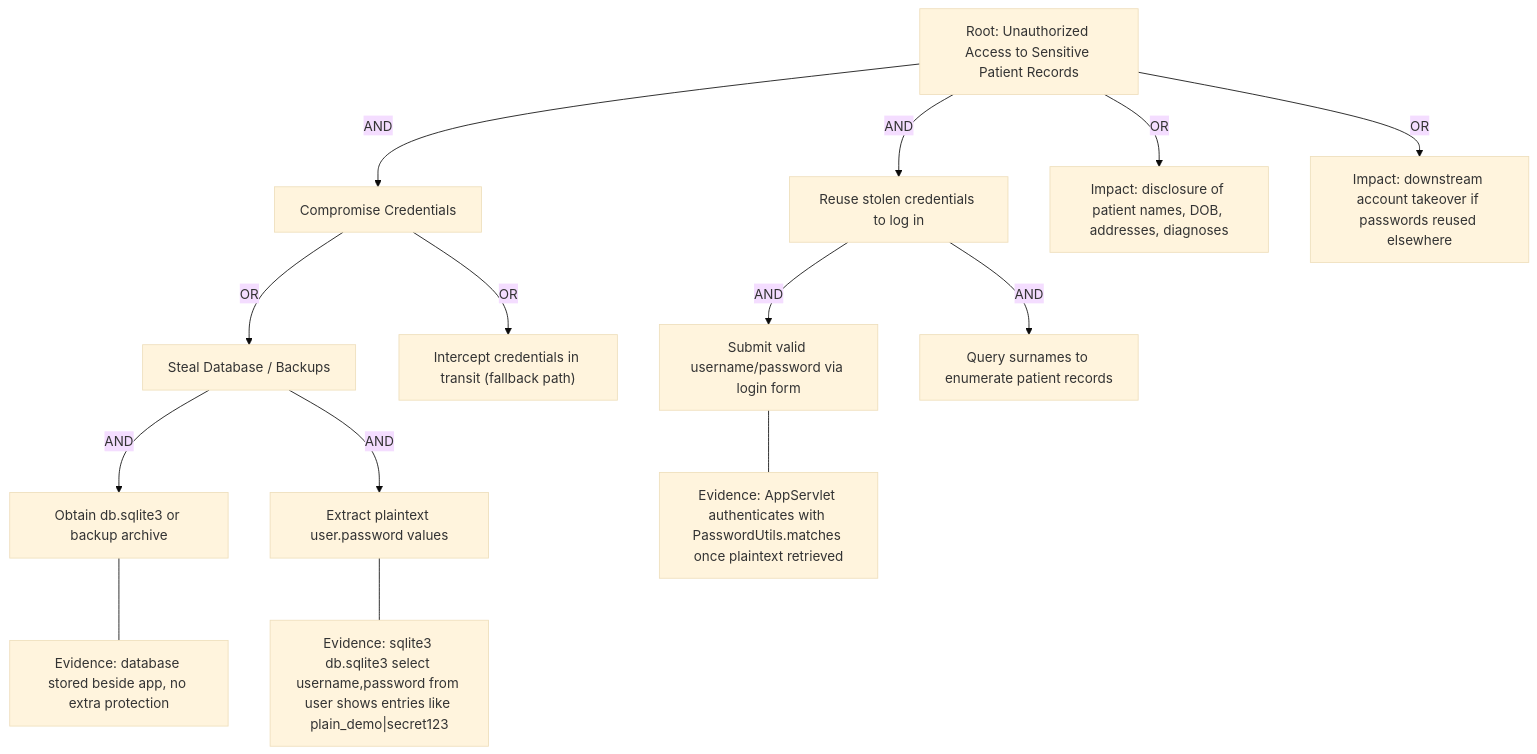
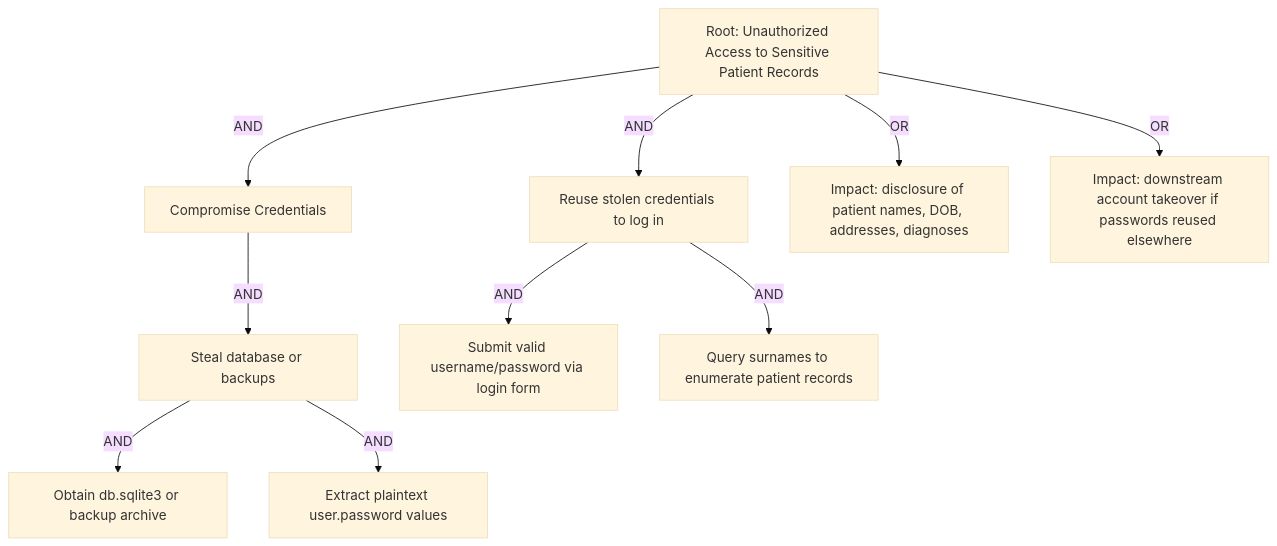
One commit to wwbotww/secure-computing-cw changed the diagram in ATTACK_TREE_PLAINTEXT.md. Above: the diagram before and after it, drawn with Mermaid (base theme).

Commit message:
attacktree-pwd

````diff
--- a/ATTACK_TREE_PLAINTEXT.md
+++ b/ATTACK_TREE_PLAINTEXT.md
@@ -3,23 +3,16 @@
 ```mermaid
 graph TD
   R["Root: Unauthorized Access to Sensitive Patient Records"]
 
   R -->|"AND"| C1["Compromise Credentials"]
-
-  C1 -->|"OR"| M1["Steal Database / Backups"]
+  C1 -->|"AND"| M1["Steal database or backups"]
   M1 -->|"AND"| S1["Obtain db.sqlite3 or backup archive"]
-  S1 --- EVID1["Evidence: database stored beside app, no extra protection"]
   M1 -->|"AND"| S2["Extract plaintext user.password values"]
-  S2 --- EVID2["Evidence: sqlite3 db.sqlite3 select username,password from user shows entries like plain_demo|secret123"]
-
-  C1 -->|"OR"| M2["Intercept credentials in transit (fallback path)"]
-  %% focus on plaintext storage path
 
   R -->|"AND"| C2["Reuse stolen credentials to log in"]
   C2 -->|"AND"| L1["Submit valid username/password via login form"]
-  L1 --- EVID3["Evidence: AppServlet authenticates with PasswordUtils.matches once plaintext retrieved"]
   C2 -->|"AND"| L2["Query surnames to enumerate patient records"]
 
   R -->|"OR"| IMP1["Impact: disclosure of patient names, DOB, addresses, diagnoses"]
   R -->|"OR"| IMP2["Impact: downstream account takeover if passwords reused elsewhere"]
 ```
````
